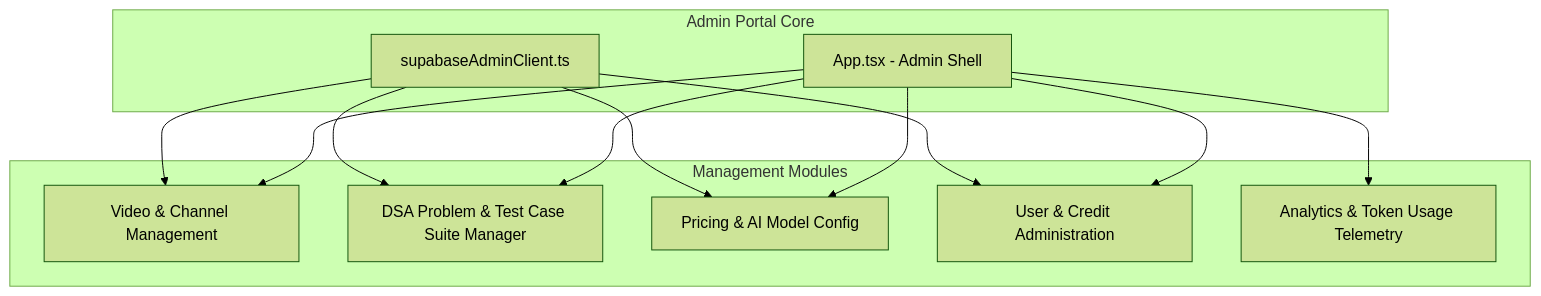
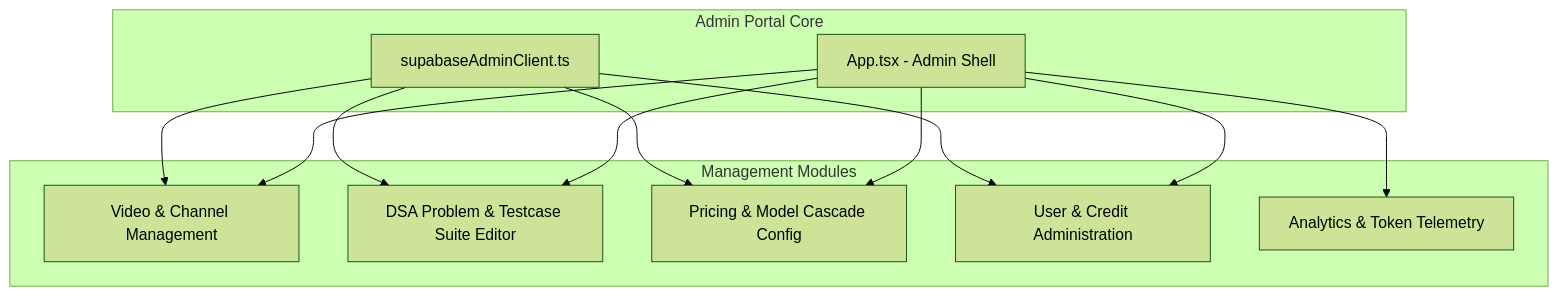
The fourth of 5 diagrams in SYSTEM_ARCHITECTURE.md (mdalamrahman/edustreams), drawn with Mermaid (forest theme) before and after one commit. The commit also changed other lines of this file, not shown here.

Commit message:
docs: update SYSTEM_ARCHITECTURE.md to reflect Cloudflare Pages Anycast edge proxy, Render backend, 512KB MTProto streaming, and Multi-LLM cascade

````diff
--- a/SYSTEM_ARCHITECTURE.md
+++ b/SYSTEM_ARCHITECTURE.md
@@ -156,25 +202,25 @@
 ```mermaid
 graph TD
     subgraph Admin Portal Core
         AppA[App.tsx - Admin Shell]
         AdminClient[supabaseAdminClient.ts]
     end
 
     subgraph Management Modules
         VM[Video & Channel Management]
-        DM[DSA Problem & Test Case Suite Manager]
-        PM[Pricing & AI Model Config]
+        DM[DSA Problem & Testcase Suite Editor]
+        PM[Pricing & Model Cascade Config]
         UM[User & Credit Administration]
-        AM[Analytics & Token Usage Telemetry]
+        AM[Analytics & Token Telemetry]
     end
 
     AppA --> VM
     AppA --> DM
     AppA --> PM
     AppA --> UM
     AppA --> AM
     AdminClient --> VM
     AdminClient --> DM
     AdminClient --> PM
     AdminClient --> UM
 ```
````
